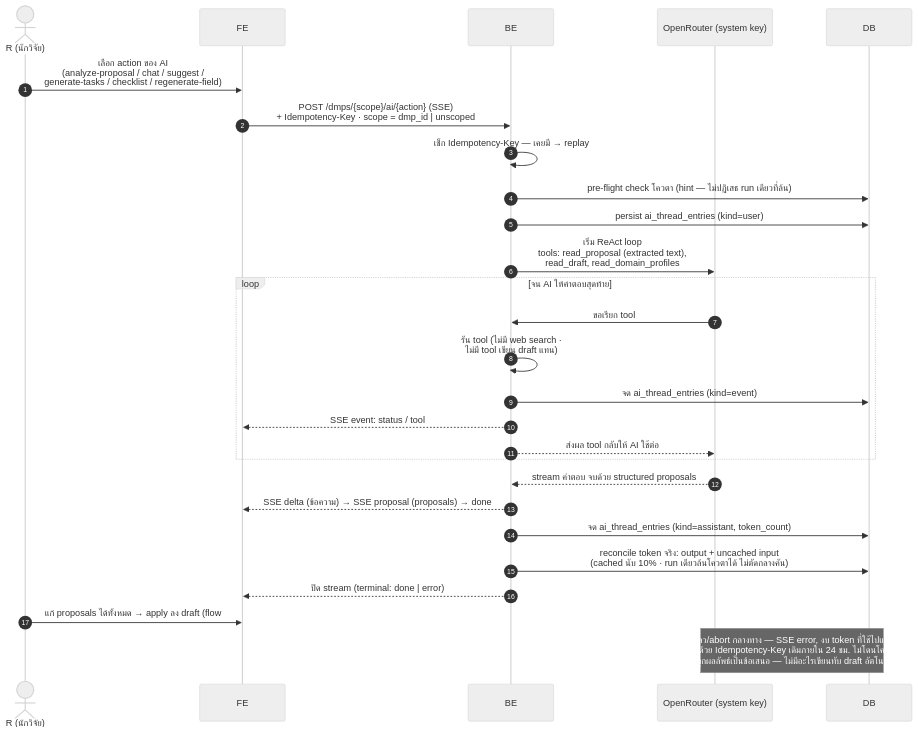
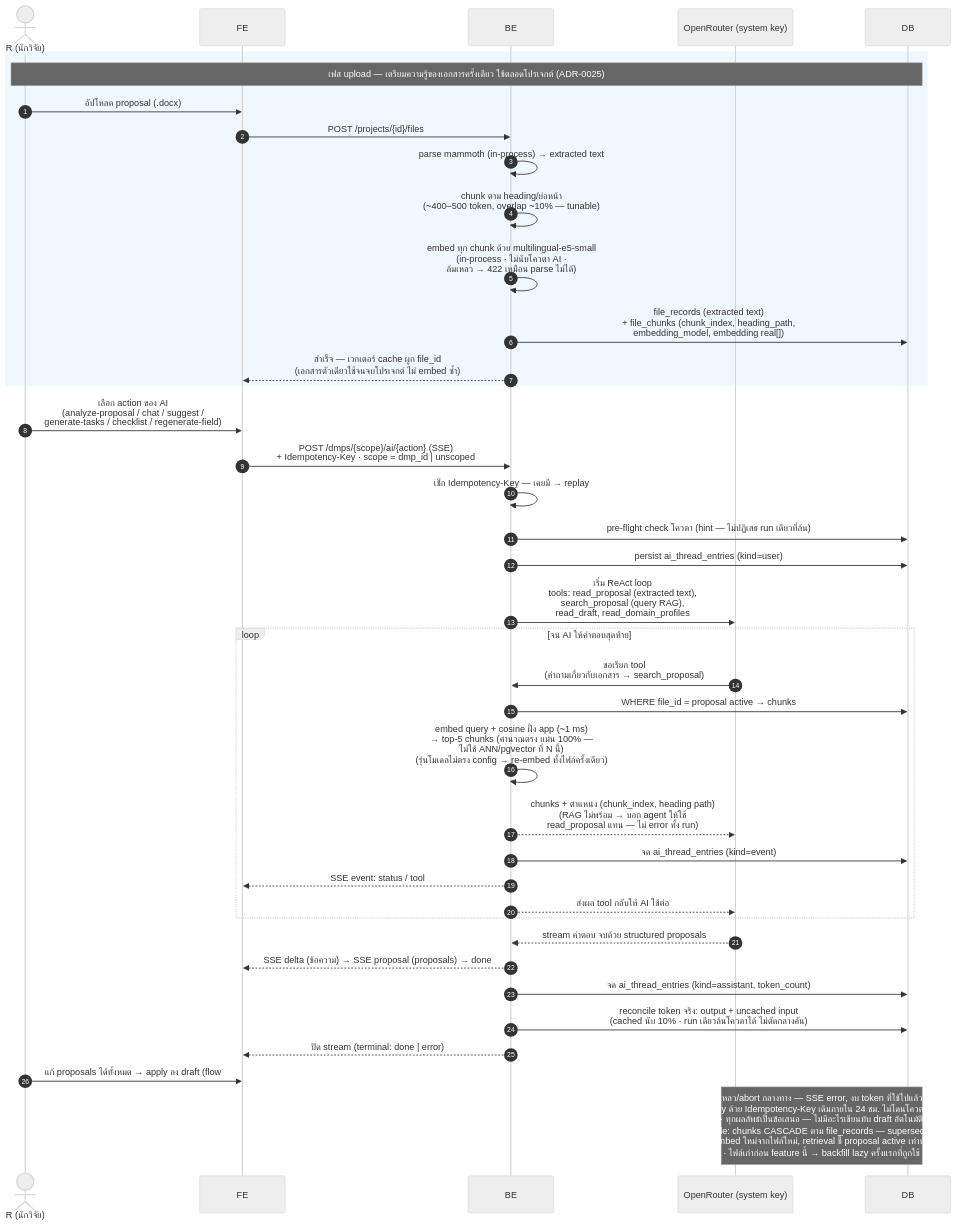
Before and after one commit to Open-Science-and-Data-management/Backend: the third of 4 diagrams in docs/architecture/arc42.md, drawn with Mermaid (neutral theme). The commit also changed other lines of this file and 5 other files, not shown here.

````diff
--- a/docs/architecture/arc42.md
+++ b/docs/architecture/arc42.md
@@ -470,30 +471,43 @@
 ```mermaid
 sequenceDiagram
     autonumber
     actor R as R (นักวิจัย)
     participant FE as FE
     participant BE as BE
     participant AI as OpenRouter (system key)
     participant DB as DB
 
+    rect rgb(240, 248, 255)
+    Note over R,DB: เฟส upload — เตรียมความรู้ของเอกสารครั้งเดียว ใช้ตลอดโปรเจกต์ (ADR-0025)
+    R->>FE: อัปโหลด proposal (.docx)
+    FE->>BE: POST /projects/{id}/files
+    BE->>BE: parse mammoth (in-process) → extracted text
+    BE->>BE: chunk ตาม heading/ย่อหน้า<br/>(~400–500 token, overlap ~10% — tunable)
+    BE->>BE: embed ทุก chunk ด้วย multilingual-e5-small<br/>(in-process · ไม่นับโควตา AI ·<br/>ล้มเหลว → 422 เหมือน parse ไม่ได้)
+    BE->>DB: file_records (extracted text)<br/>+ file_chunks (chunk_index, heading_path,<br/>embedding_model, embedding real[])
+    BE-->>FE: สำเร็จ — เวกเตอร์ cache ผูก file_id<br/>(เอกสารตัวเดียวใช้จนจบโปรเจกต์ ไม่ embed ซ้ำ)
+    end
+
     R->>FE: เลือก action ของ AI<br/>(analyze-proposal / chat / suggest /<br/>generate-tasks / checklist / regenerate-field)
     FE->>BE: POST /dmps/{scope}/ai/{action} (SSE)<br/>+ Idempotency-Key · scope = dmp_id | unscoped
     BE->>BE: เช็ก Idempotency-Key — เคยมี → replay
     BE->>DB: pre-flight check โควตา (hint — ไม่ปฏิเสธ run เดียวที่ล้น)
     BE->>DB: persist ai_thread_entries (kind=user)
-    BE->>AI: เริ่ม ReAct loop<br/>tools: read_proposal (extracted text),<br/>read_draft, read_domain_profiles
+    BE->>AI: เริ่ม ReAct loop<br/>tools: read_proposal (extracted text),<br/>search_proposal (query RAG),<br/>read_draft, read_domain_profiles
     loop จน AI ให้คำตอบสุดท้าย
-        AI->>BE: ขอเรียก tool
-        BE->>BE: รัน tool (ไม่มี web search ·<br/>ไม่มี tool เขียน draft แทน)
+        AI->>BE: ขอเรียก tool<br/>(คำถามเกี่ยวกับเอกสาร → search_proposal)
+        BE->>DB: WHERE file_id = proposal active → chunks
+        BE->>BE: embed query + cosine ฝั่ง app (~1 ms)<br/>→ top-5 chunks (คำนวณตรง แม่น 100% —<br/>ไม่ใช้ ANN/pgvector ที่ N นี้)<br/>(รุ่นโมเดลไม่ตรง config → re-embed ทั้งไฟล์ครั้งเดียว)
+        BE-->>AI: chunks + ตำแหน่ง (chunk_index, heading path)<br/>(RAG ไม่พร้อม → บอก agent ให้ใช้<br/>read_proposal แทน — ไม่ error ทั้ง run)
         BE->>DB: จด ai_thread_entries (kind=event)
         BE-->>FE: SSE event: status / tool
         BE-->>AI: ส่งผล tool กลับให้ AI ใช้ต่อ
     end
     AI-->>BE: stream คำตอบ จบด้วย structured proposals
     BE-->>FE: SSE delta (ข้อความ) → SSE proposal (proposals) → done
     BE->>DB: จด ai_thread_entries (kind=assistant, token_count)
     BE->>DB: reconcile token จริง: output + uncached input<br/>(cached นับ 10% · run เดียวล้นโควตาได้ ไม่ตัดกลางคัน)
     BE-->>FE: ปิด stream (terminal: done | error)
     R->>FE: แก้ proposals ได้ทั้งหมด → apply ลง draft (flow #4)
-    Note over AI,DB: ถ้าล้มเหลว/abort กลางทาง — SSE error, งบ token ที่ใช้ไปแล้วยังนับ<br/>retry ด้วย Idempotency-Key เดิมภายใน 24 ชม. ไม่โดนโควตาซ้ำ<br/>· ทุกผลลัพธ์เป็นข้อเสนอ — ไม่มีอะไรเขียนทับ draft อัตโนมัติ
+    Note over AI,DB: ถ้าล้มเหลว/abort กลางทาง — SSE error, งบ token ที่ใช้ไปแล้วยังนับ<br/>retry ด้วย Idempotency-Key เดิมภายใน 24 ชม. ไม่โดนโควตาซ้ำ<br/>· ทุกผลลัพธ์เป็นข้อเสนอ — ไม่มีอะไรเขียนทับ draft อัตโนมัติ<br/>· lifecycle: chunks CASCADE ตาม file_records — supersede/ลบ →<br/>embed ใหม่จากไฟล์ใหม่, retrieval ชี้ proposal active เท่านั้น<br/>· ไฟล์เก่าก่อน feature นี้ → backfill lazy ครั้งแรกที่ถูกใช้
 ```
````
